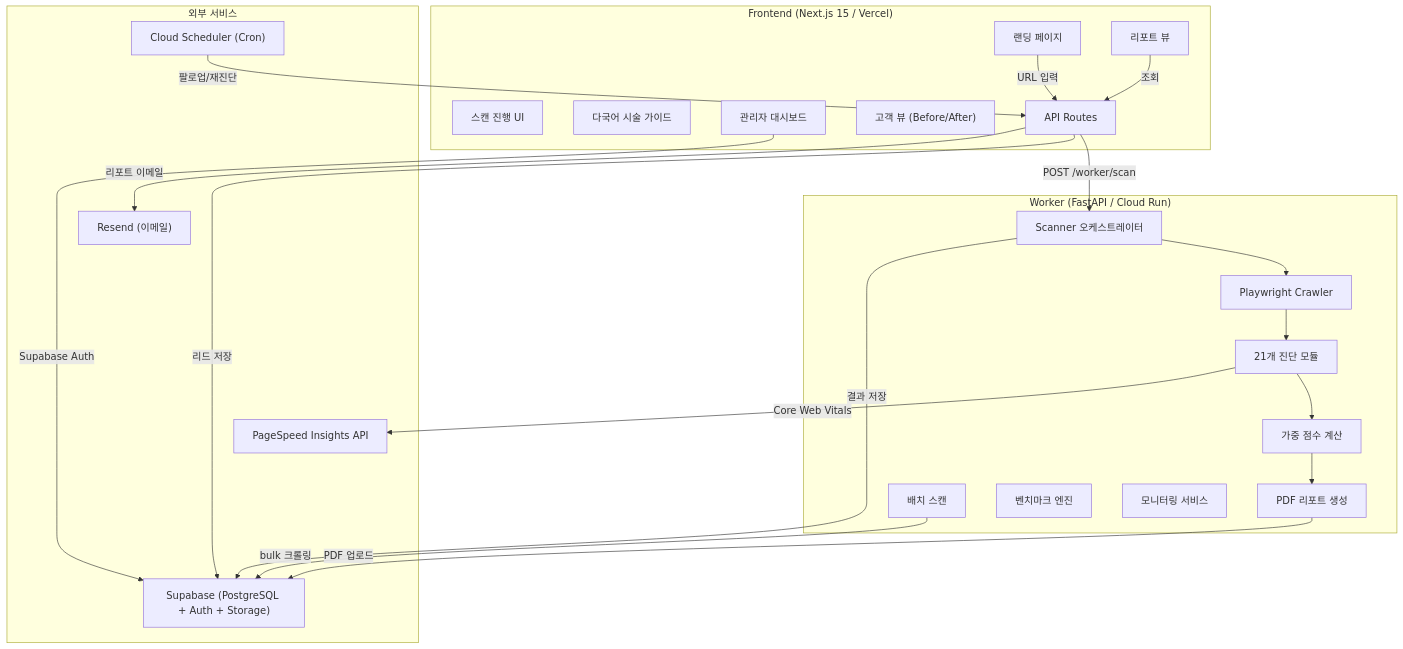
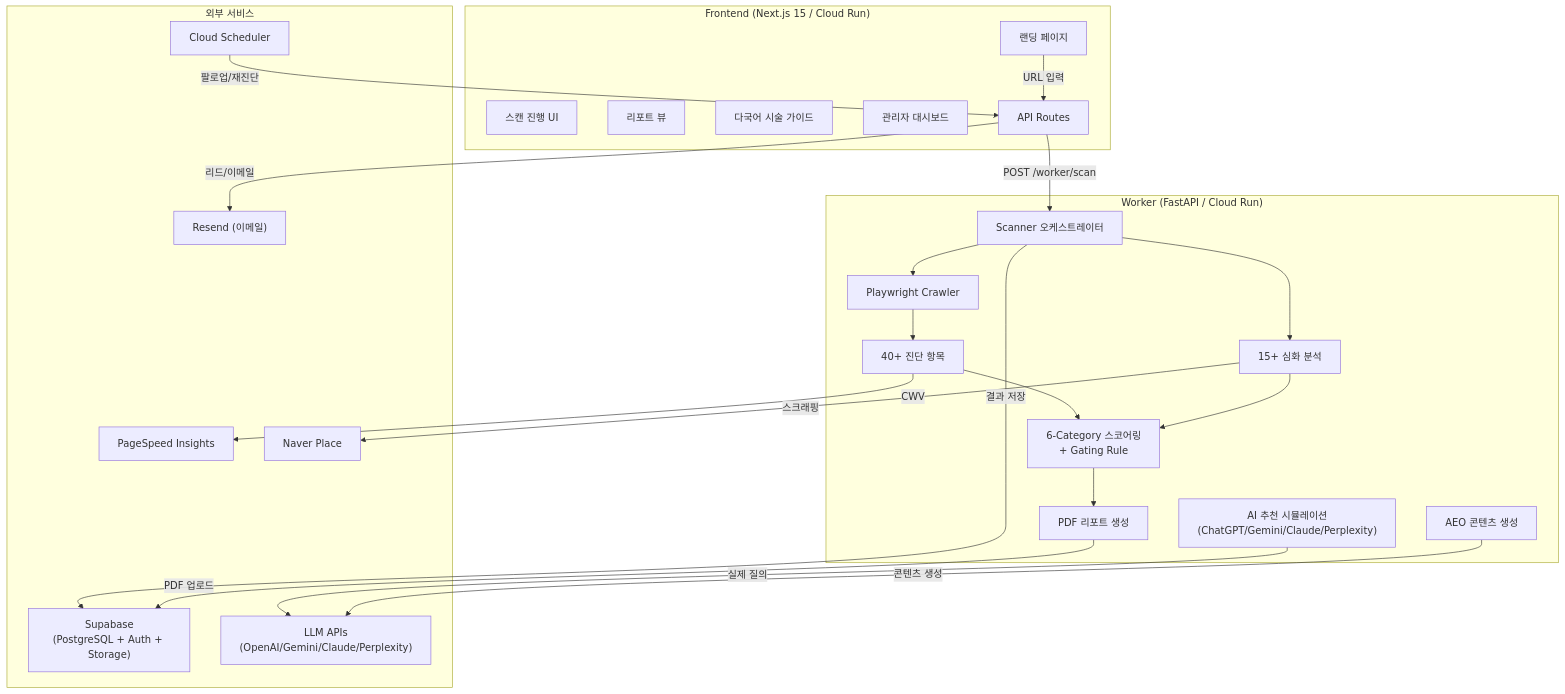
The second of 3 diagrams in workspace/mediscope/README.md (woogi-kang/claude-craft), drawn with Mermaid before and after one commit. The commit also changed other lines of this file, not shown here.

````diff
--- a/workspace/mediscope/README.md
+++ b/workspace/mediscope/README.md
@@ -30,46 +219,46 @@
 ```mermaid
 graph TB
-  subgraph Frontend["Frontend (Next.js 15 / Vercel)"]
+  subgraph Frontend["Frontend (Next.js 15 / Cloud Run)"]
     Landing["랜딩 페이지"]
     Scan["스캔 진행 UI"]
     Report["리포트 뷰"]
     Guide["다국어 시술 가이드"]
     Admin["관리자 대시보드"]
-    Client["고객 뷰 (Before/After)"]
     API["API Routes"]
   end
 
   subgraph Worker["Worker (FastAPI / Cloud Run)"]
     Scanner["Scanner 오케스트레이터"]
     Crawler["Playwright Crawler"]
-    Checks["21개 진단 모듈"]
-    Scorer["가중 점수 계산"]
+    Checks["40+ 진단 항목"]
+    Advanced["15+ 심화 분석"]
+    Scorer["6-Category 스코어링<br/>+ Gating Rule"]
     PDF["PDF 리포트 생성"]
-    Batch["배치 스캔"]
-    Benchmark["벤치마크 엔진"]
-    Monitoring["모니터링 서비스"]
+    AI["AI 추천 시뮬레이션<br/>(ChatGPT/Gemini/Claude/Perplexity)"]
+    Content["AEO 콘텐츠 생성"]
   end
 
   subgraph External["외부 서비스"]
-    Supabase["Supabase (PostgreSQL + Auth + Storage)"]
+    Supabase["Supabase<br/>(PostgreSQL + Auth + Storage)"]
     Resend["Resend (이메일)"]
-    PSI["PageSpeed Insights API"]
-    Scheduler["Cloud Scheduler (Cron)"]
+    PSI["PageSpeed Insights"]
+    Scheduler["Cloud Scheduler"]
+    NaverPlace["Naver Place"]
+    LLM["LLM APIs<br/>(OpenAI/Gemini/Claude/Perplexity)"]
   end
 
   Landing -->|URL 입력| API
   API -->|POST /worker/scan| Scanner
-  Scanner --> Crawler
-  Crawler --> Checks
-  Checks --> Scorer
-  Scorer --> PDF
+  Scanner --> Crawler --> Checks
+  Scanner --> Advanced
+  Checks --> Scorer --> PDF
+  Advanced --> Scorer
   Scanner -->|결과 저장| Supabase
   PDF -->|PDF 업로드| Supabase
-  API -->|리드 저장| Supabase
-  API -->|리포트 이메일| Resend
+  API -->|리드/이메일| Resend
   Scheduler -->|팔로업/재진단| API
-  Checks -->|Core Web Vitals| PSI
-  Report -->|조회| API
-  Admin -->|Supabase Auth| Supabase
-  Batch -->|bulk 크롤링| Supabase
+  Checks -->|CWV| PSI
+  AI -->|실제 질의| LLM
+  Advanced -->|스크래핑| NaverPlace
+  Content -->|콘텐츠 생성| LLM
 ```
````
